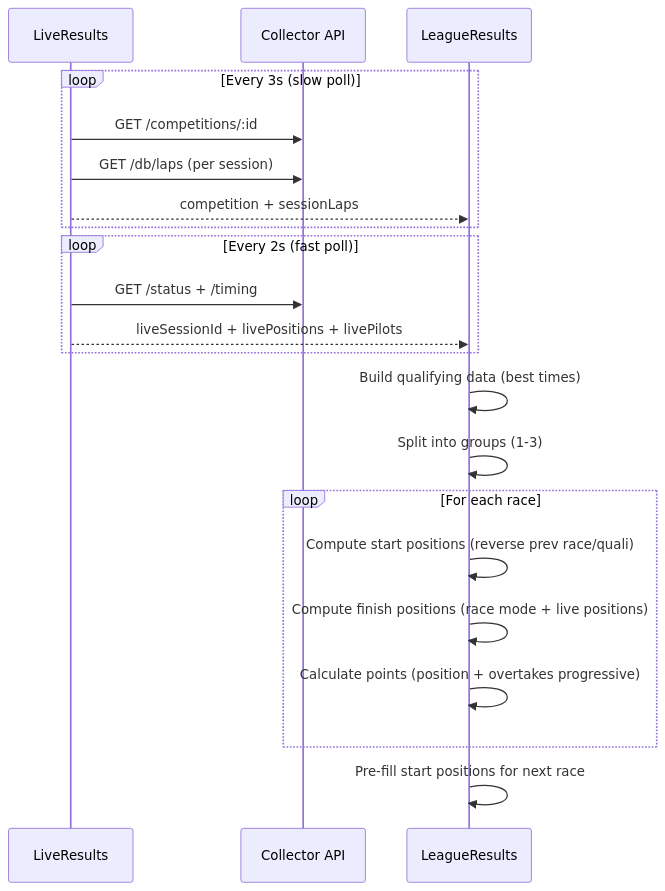
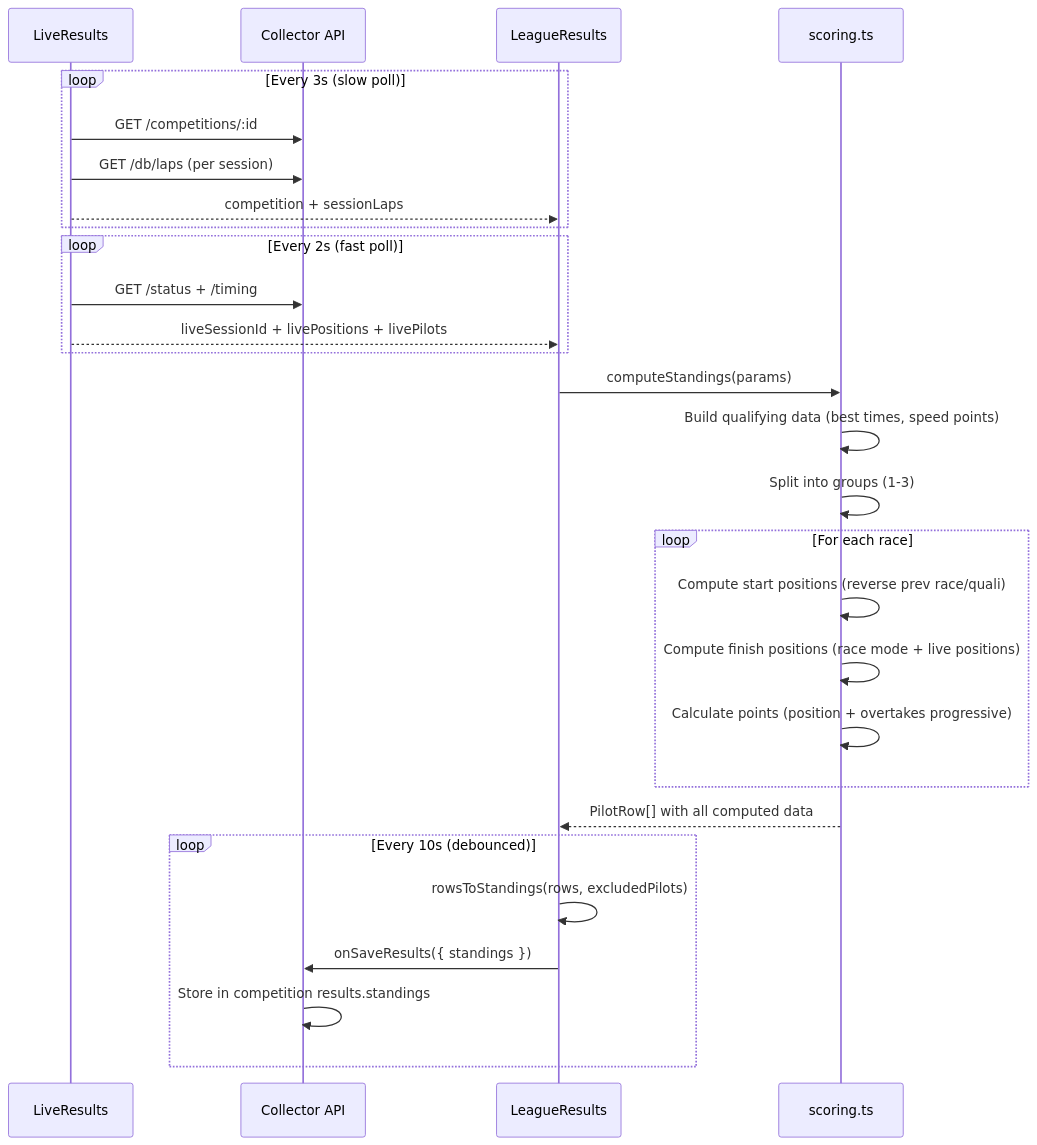
The fourth of 5 diagrams in docs/architecture.md (makandrol/karting), drawn with Mermaid before and after one commit. The commit also changed other lines of this file and 5 other files, not shown here.

````diff
--- a/docs/architecture.md
+++ b/docs/architecture.md
@@ -150,26 +150,34 @@
 ```mermaid
 sequenceDiagram
     participant LR as LiveResults
     participant API as Collector API
     participant League as LeagueResults
+    participant Scoring as scoring.ts
 
     loop Every 3s (slow poll)
         LR->>API: GET /competitions/:id
         LR->>API: GET /db/laps (per session)
         LR-->>League: competition + sessionLaps
     end
 
     loop Every 2s (fast poll)
         LR->>API: GET /status + /timing
         LR-->>League: liveSessionId + livePositions + livePilots
     end
 
-    League->>League: Build qualifying data (best times)
-    League->>League: Split into groups (1-3)
+    League->>Scoring: computeStandings(params)
+    Scoring->>Scoring: Build qualifying data (best times, speed points)
+    Scoring->>Scoring: Split into groups (1-3)
     loop For each race
-        League->>League: Compute start positions (reverse prev race/quali)
-        League->>League: Compute finish positions (race mode + live positions)
-        League->>League: Calculate points (position + overtakes progressive)
+        Scoring->>Scoring: Compute start positions (reverse prev race/quali)
+        Scoring->>Scoring: Compute finish positions (race mode + live positions)
+        Scoring->>Scoring: Calculate points (position + overtakes progressive)
     end
-    League->>League: Pre-fill start positions for next race
+    Scoring-->>League: PilotRow[] with all computed data
+
+    loop Every 10s (debounced)
+        League->>League: rowsToStandings(rows, excludedPilots)
+        League->>API: onSaveResults({ standings })
+        API->>API: Store in competition results.standings
+    end
 ```
````
